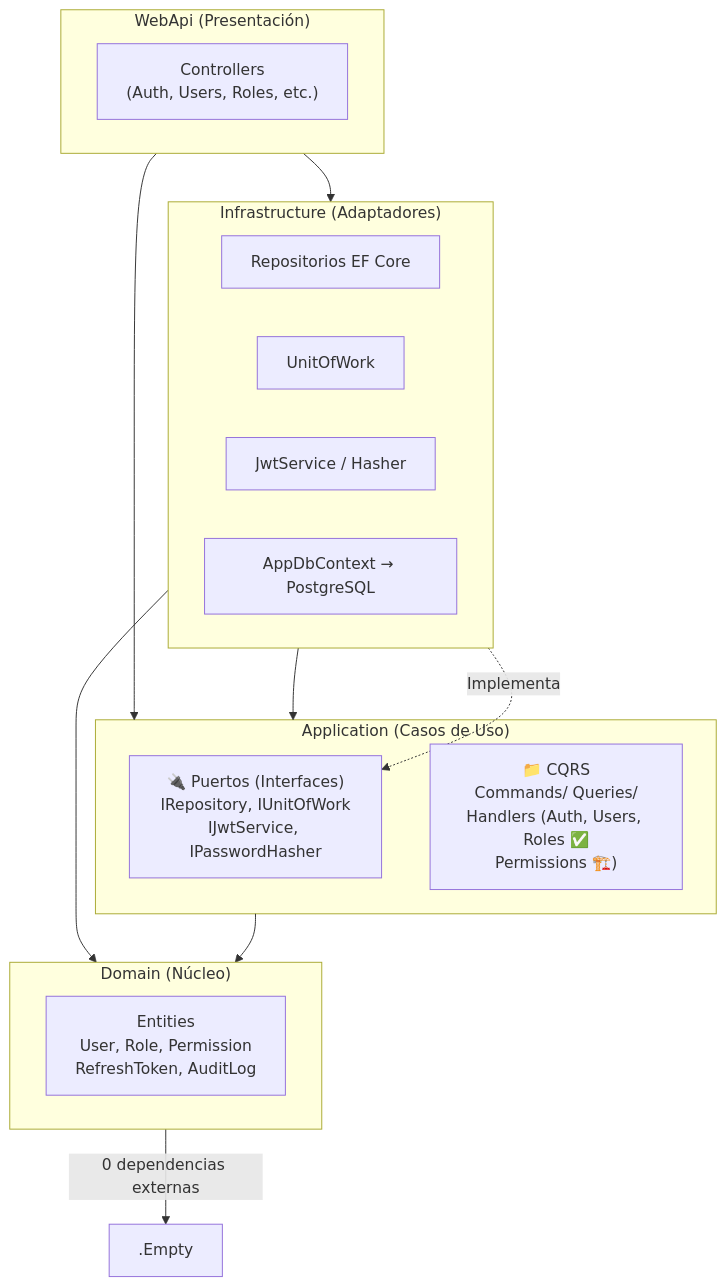
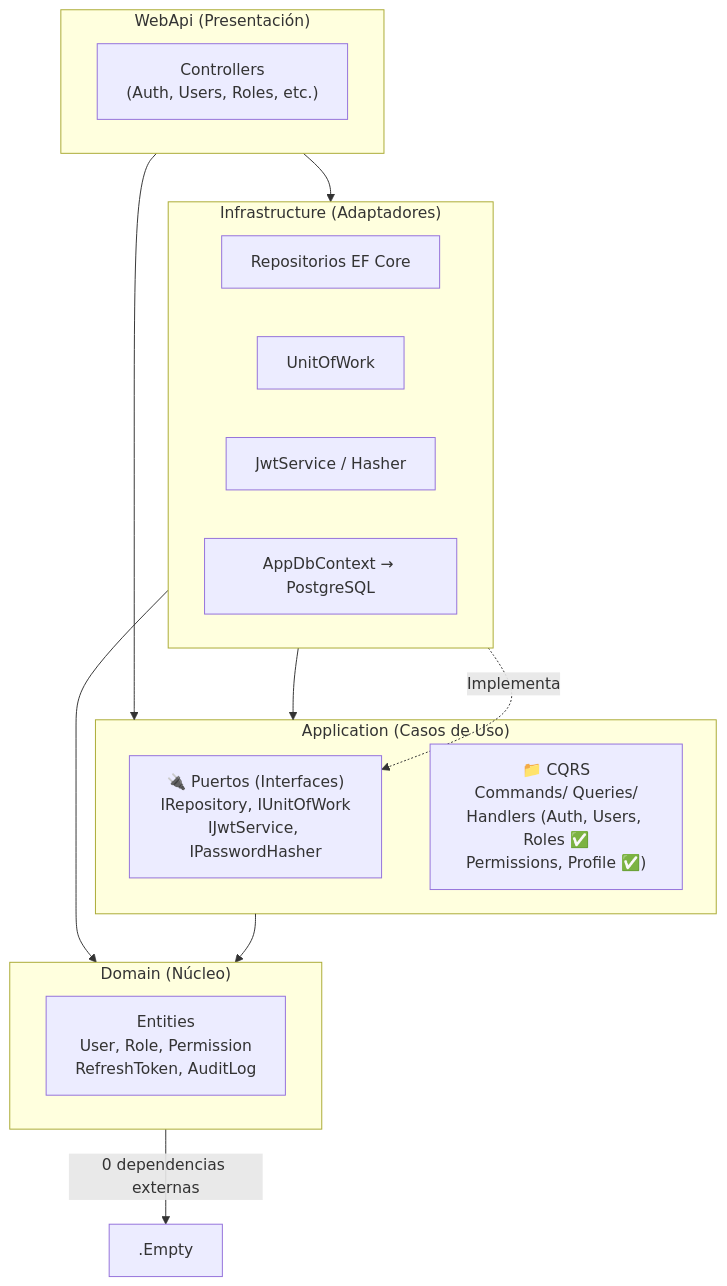
One commit to edgardo001/app-base-net-react changed the diagram in README.md. Above: the diagram before and after it, drawn with Mermaid. The commit also changed other lines of this file and 2 other files, not shown here.

Commit message:
docs: mark Permissions and Profile as ✅ CQRS in README/AGENTS

````diff
--- a/README.md
+++ b/README.md
@@ -68,31 +68,31 @@
 ```mermaid
 graph TD
     subgraph WebApi["WebApi (Presentación)"]
         Controllers["Controllers<br/>(Auth, Users, Roles, etc.)"]
     end
 
     subgraph Application["Application (Casos de Uso)"]
         Ports["🔌 Puertos (Interfaces)<br/>IRepository, IUnitOfWork<br/>IJwtService, IPasswordHasher"]
-        CQRS["📁 CQRS<br/>Commands/ Queries/<br/>Handlers (Auth, Users, Roles ✅<br/>Permissions 🏗️)"]
+        CQRS["📁 CQRS<br/>Commands/ Queries/<br/>Handlers (Auth, Users, Roles ✅<br/>Permissions, Profile ✅)"]
     end
 
     subgraph Domain["Domain (Núcleo)"]
         Entities["Entities<br/>User, Role, Permission<br/>RefreshToken, AuditLog"]
     end
 
     subgraph Infrastructure["Infrastructure (Adaptadores)"]
         Repos["Repositorios EF Core"]
         UoW["UnitOfWork"]
         Jwt["JwtService / Hasher"]
         DbCtx["AppDbContext → PostgreSQL"]
     end
 
     WebApi --> Application
     WebApi --> Infrastructure
     Infrastructure --> Application
     Infrastructure --> Domain
     Application --> Domain
     Domain -->|"0 dependencias externas"| .Empty
 
     Infrastructure -.->|"Implementa"| Ports
 ```
````
